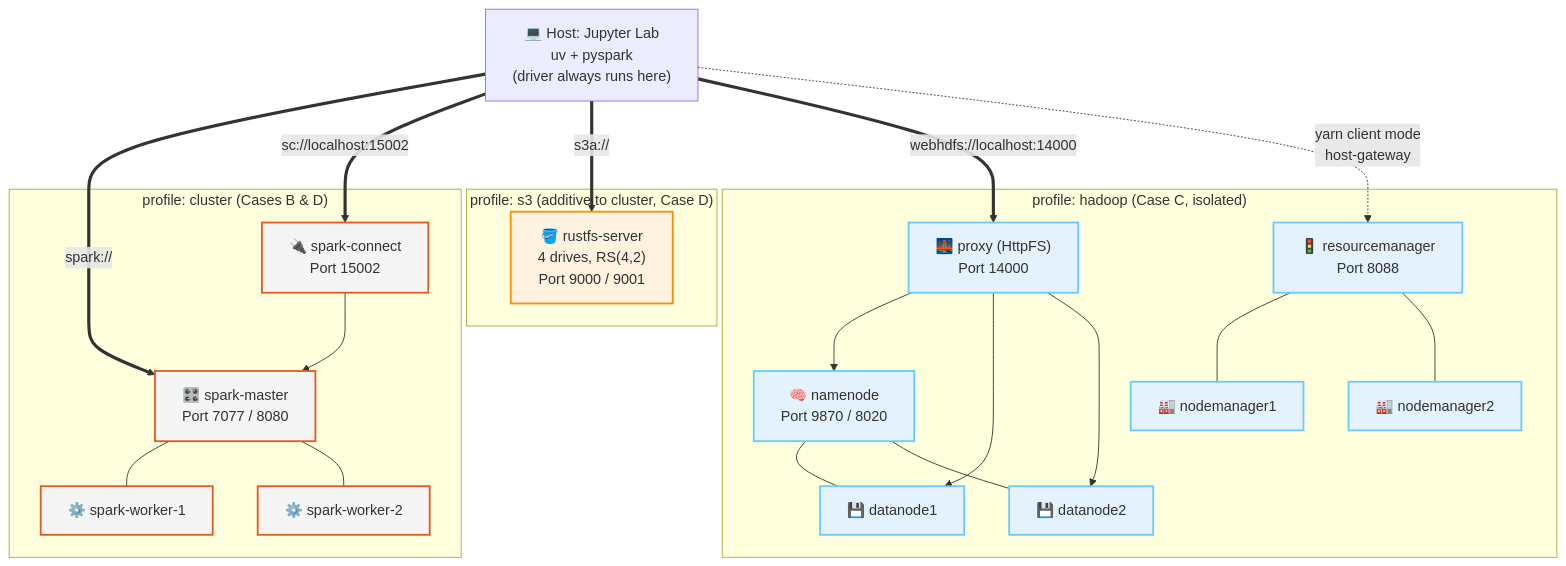
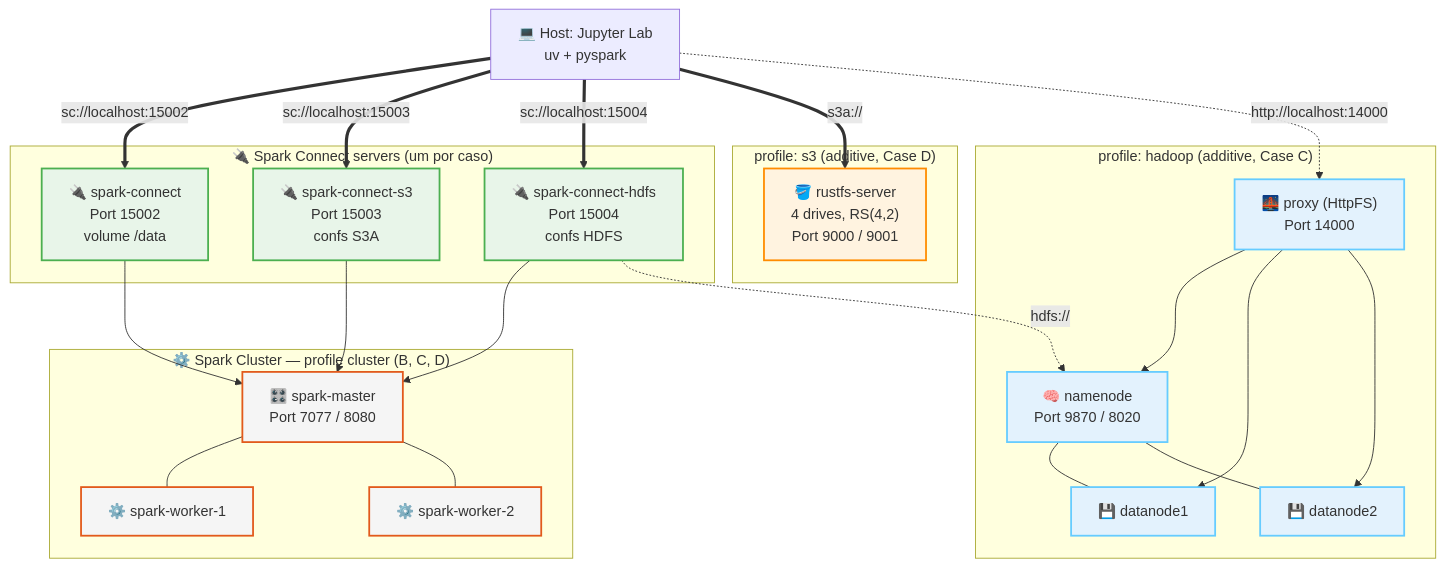
The diagram in README.md (hiltonmbr/cdn-spark-lab), drawn with Mermaid before and after one commit. The commit also changed other lines of this file and 30 other files, not shown here.

First line of the commit message:
refactor: unify Spark cluster, replace YARN with Spark Connect + HDFS

````diff
--- a/README.md
+++ b/README.md
@@ -156,43 +154,49 @@
 ```mermaid
 graph TD
-    subgraph "profile: cluster (Cases B & D)"
+    subgraph "⚙️ Spark Cluster — profile cluster (B, C, D)"
         master["🎛️ spark-master<br>Port 7077 / 8080"]
         worker1["⚙️ spark-worker-1"]
         worker2["⚙️ spark-worker-2"]
-        connect["🔌 spark-connect<br>Port 15002"]
         master --- worker1 & worker2
-        connect --> master
     end
 
-    subgraph "profile: s3 (additive to cluster, Case D)"
+    subgraph "🔌 Spark Connect servers (um por caso)"
+        connectB["🔌 spark-connect<br>Port 15002<br>volume /data"]
+        connectD["🔌 spark-connect-s3<br>Port 15003<br>confs S3A"]
+        connectC["🔌 spark-connect-hdfs<br>Port 15004<br>confs HDFS"]
+        connectB --> master
+        connectD --> master
+        connectC --> master
+    end
+
+    subgraph "profile: s3 (additive, Case D)"
         rustfs["🪣 rustfs-server<br>4 drives, RS(4,2)<br>Port 9000 / 9001"]
     end
 
-    subgraph "profile: hadoop (Case C, isolated)"
+    subgraph "profile: hadoop (additive, Case C)"
         namenode["🧠 namenode<br>Port 9870 / 8020"]
         dn1["💾 datanode1"]
         dn2["💾 datanode2"]
-        rm["🚦 resourcemanager<br>Port 8088"]
-        nm1["🏭 nodemanager1"]
-        nm2["🏭 nodemanager2"]
         proxy["🌉 proxy (HttpFS)<br>Port 14000"]
         namenode --- dn1 & dn2
-        rm --- nm1 & nm2
         proxy --> namenode
         proxy --> dn1 & dn2
+        connectC -. "hdfs://" .-> namenode
     end
 
-    host["💻 Host: Jupyter Lab<br>uv + pyspark<br>(driver always runs here)"]
-    host == "spark://" ==> master
-    host == "sc://localhost:15002" ==> connect
+    host["💻 Host: Jupyter Lab<br>uv + pyspark"]
+    host == "sc://localhost:15002" ==> connectB
+    host == "sc://localhost:15003" ==> connectD
+    host == "sc://localhost:15004" ==> connectC
     host == "s3a://" ==> rustfs
-    host == "webhdfs://localhost:14000" ==> proxy
-    host -. "yarn client mode<br>host-gateway" .-> rm
+    host -. "http://localhost:14000" .-> proxy
 
     classDef core fill:#f5f5f5,stroke:#E25A1C,stroke-width:2px;
-    class master,worker1,worker2,connect core;
+    class master,worker1,worker2 core;
+    classDef connect fill:#e8f5e9,stroke:#4CAF50,stroke-width:2px;
+    class connectB,connectD,connectC connect;
     classDef s3 fill:#fff3e0,stroke:#FF8C00,stroke-width:2px;
     class rustfs s3;
     classDef hadoop fill:#e3f2fd,stroke:#66CCFF,stroke-width:2px;
-    class namenode,dn1,dn2,rm,nm1,nm2,proxy hadoop;
+    class namenode,dn1,dn2,proxy hadoop;
 ```
````
